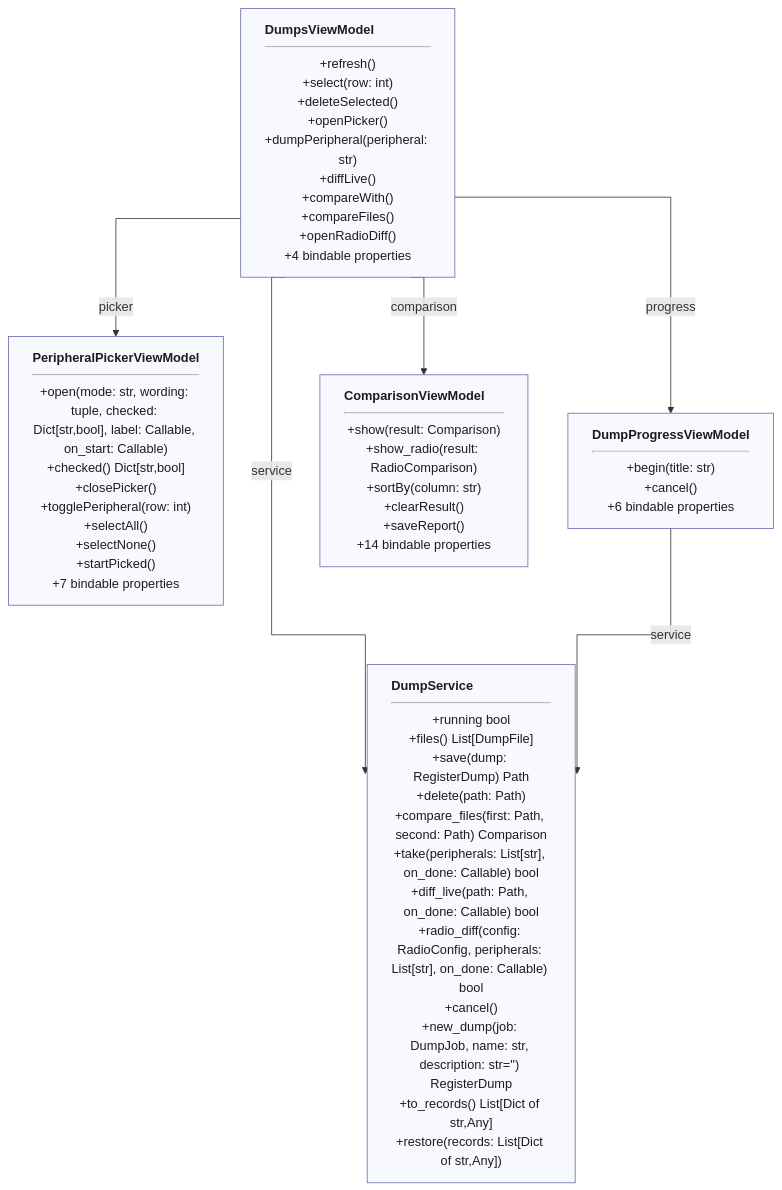
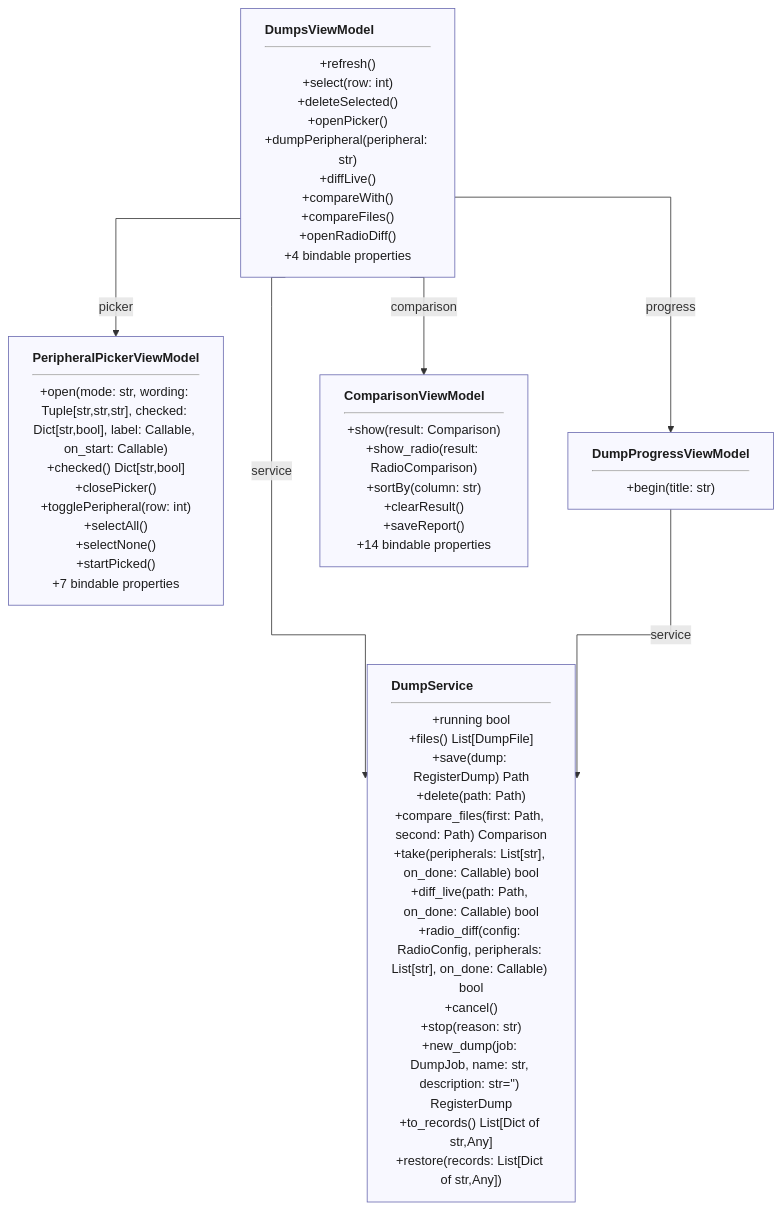
Diagram 16 of 30 in docs/ARCHITECTURE.md (ShoyonK/sample_ui), drawn with Mermaid before and after one commit. The commit also changed other lines of this file and 315 other files, not shown here.

````diff
--- a/docs/ARCHITECTURE.md
+++ b/docs/ARCHITECTURE.md
@@ -531,16 +555,16 @@
 ```mermaid
 %%{init: {"flowchart": {"curve": "stepAfter"}}}%%
 flowchart TB
     classDef box text-align:left,fill:#f8f8ff,stroke:#6a6ab0,color:#1c1c1c
     classDef stub fill:#ffffff,stroke:#6a6ab0,stroke-dasharray:4 3,color:#1c1c1c
-    DumpService["<b>DumpService</b><hr/>+running bool<br/>+files() List[DumpFile]<br/>+save(dump: RegisterDump) Path<br/>+delete(path: Path)<br/>+compare_files(first: Path, second: Path) Comparison<br/>+take(peripherals: List[str], on_done: Callable) bool<br/>+diff_live(path: Path, on_done: Callable) bool<br/>+radio_diff(config: RadioConfig, peripherals: List[str], on_done: Callable) bool<br/>+cancel()<br/>+new_dump(job: DumpJob, name: str, description: str='') RegisterDump<br/>+to_records() List[Dict of str,Any]<br/>+restore(records: List[Dict of str,Any])"]:::box
+    DumpService["<b>DumpService</b><hr/>+running bool<br/>+files() List[DumpFile]<br/>+save(dump: RegisterDump) Path<br/>+delete(path: Path)<br/>+compare_files(first: Path, second: Path) Comparison<br/>+take(peripherals: List[str], on_done: Callable) bool<br/>+diff_live(path: Path, on_done: Callable) bool<br/>+radio_diff(config: RadioConfig, peripherals: List[str], on_done: Callable) bool<br/>+cancel()<br/>+stop(reason: str)<br/>+new_dump(job: DumpJob, name: str, description: str='') RegisterDump<br/>+to_records() List[Dict of str,Any]<br/>+restore(records: List[Dict of str,Any])"]:::box
     DumpsViewModel["<b>DumpsViewModel</b><hr/>+refresh()<br/>+select(row: int)<br/>+deleteSelected()<br/>+openPicker()<br/>+dumpPeripheral(peripheral: str)<br/>+diffLive()<br/>+compareWith()<br/>+compareFiles()<br/>+openRadioDiff()<br/>+4 bindable properties"]:::box
-    PeripheralPickerViewModel["<b>PeripheralPickerViewModel</b><hr/>+open(mode: str, wording: tuple, checked: Dict[str,bool], label: Callable, on_start: Callable)<br/>+checked() Dict[str,bool]<br/>+closePicker()<br/>+togglePeripheral(row: int)<br/>+selectAll()<br/>+selectNone()<br/>+startPicked()<br/>+7 bindable properties"]:::box
-    DumpProgressViewModel["<b>DumpProgressViewModel</b><hr/>+begin(title: str)<br/>+cancel()<br/>+6 bindable properties"]:::box
+    PeripheralPickerViewModel["<b>PeripheralPickerViewModel</b><hr/>+open(mode: str, wording: Tuple[str,str,str], checked: Dict[str,bool], label: Callable, on_start: Callable)<br/>+checked() Dict[str,bool]<br/>+closePicker()<br/>+togglePeripheral(row: int)<br/>+selectAll()<br/>+selectNone()<br/>+startPicked()<br/>+7 bindable properties"]:::box
+    DumpProgressViewModel["<b>DumpProgressViewModel</b><hr/>+begin(title: str)"]:::box
     ComparisonViewModel["<b>ComparisonViewModel</b><hr/>+show(result: Comparison)<br/>+show_radio(result: RadioComparison)<br/>+sortBy(column: str)<br/>+clearResult()<br/>+saveReport()<br/>+14 bindable properties"]:::box
     DumpsViewModel -->|"service"| DumpService
     DumpsViewModel -->|"picker"| PeripheralPickerViewModel
     DumpsViewModel -->|"progress"| DumpProgressViewModel
     DumpsViewModel -->|"comparison"| ComparisonViewModel
     DumpProgressViewModel -->|"service"| DumpService
 ```
````
